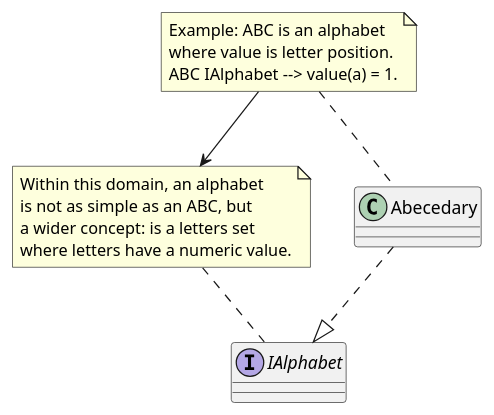
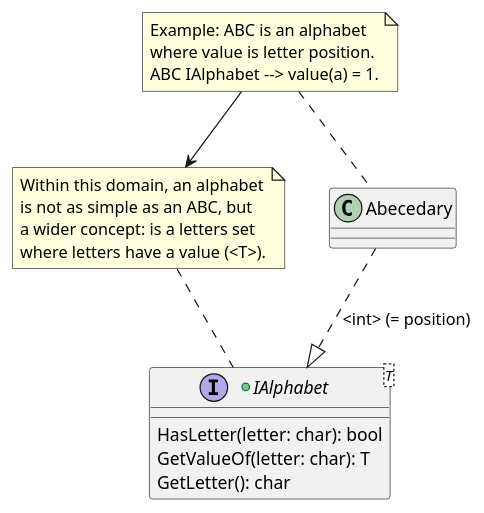
The diagram in Assets/Kalendra.Words/Documentation~/Alphabet.puml (RicardoGuzmanVelasco/Kalendra.Words), drawn with PlantUML before and after one commit. The commit also changed 3 other files, not shown here.

```diff
--- a/Assets/Kalendra.Words/Documentation~/Alphabet.puml
+++ b/Assets/Kalendra.Words/Documentation~/Alphabet.puml
@@ -1,23 +1,28 @@
 @startuml
 'https://plantuml.com/class-diagram
 
-interface IAlphabet
++interface IAlphabet<T>
+{
+    HasLetter(letter: char): bool
+    GetValueOf(letter: char): T
+    GetLetter(): char
+}
 
 note as NoteIAlphabet
 Within this domain, an alphabet
 is not as simple as an ABC, but
 a wider concept: is a letters set
-where letters have a numeric value.
+where letters have a value (<T>).
 end note
 NoteIAlphabet .. IAlphabet
 
-Abecedary ..|> IAlphabet
+Abecedary ..|> IAlphabet : <int> (= position)
 
 note as NoteAbecedary
 Example: ABC is an alphabet
 where value is letter position.
 ABC IAlphabet --> value(a) = 1.
 end note
 NoteAbecedary .. Abecedary
 NoteAbecedary --> NoteIAlphabet
 @enduml
```
